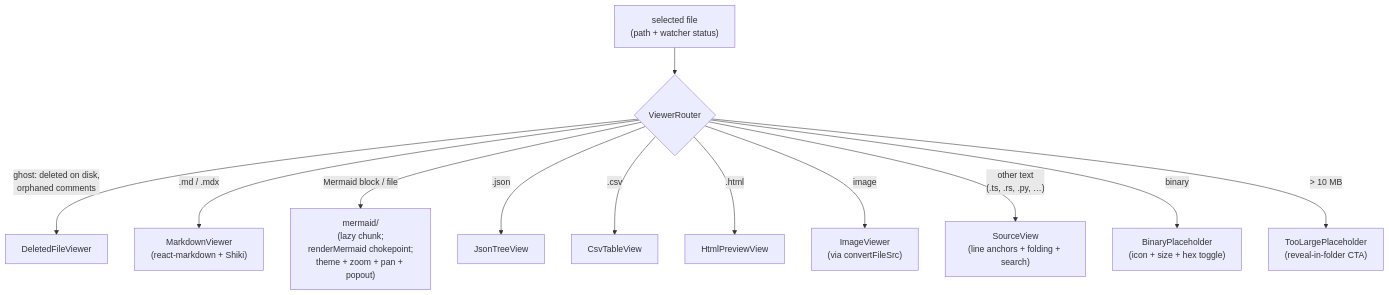
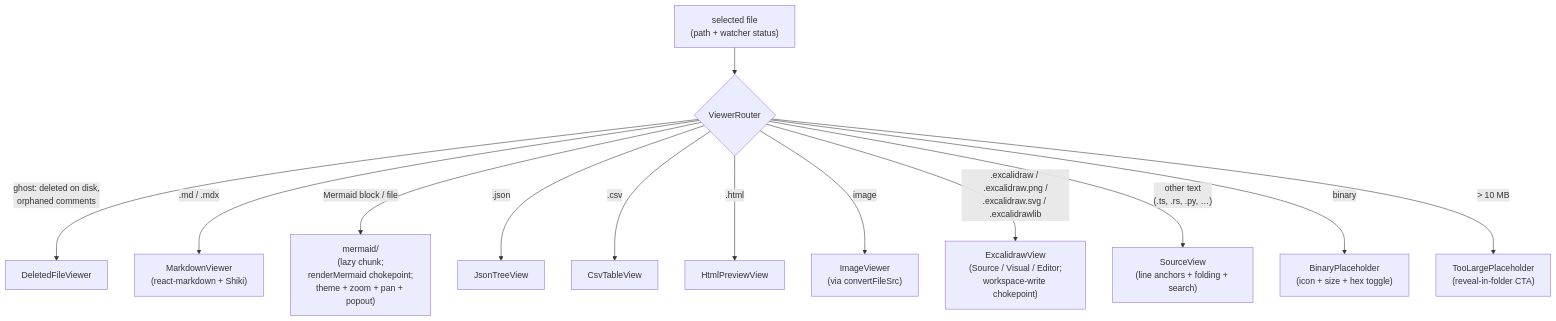
One commit to dryotta/mDown-reView changed the diagram in docs/features/viewer.md. Above: the diagram before and after it, drawn with Mermaid. The commit also changed other lines of this file and 16 other files, not shown here.

````diff
--- a/docs/features/viewer.md
+++ b/docs/features/viewer.md
@@ -32,14 +32,15 @@
 ```mermaid
 flowchart TD
     File["selected file<br/>(path + watcher status)"] --> Router{"ViewerRouter"}
     Router -- "ghost: deleted on disk,<br/>orphaned comments" --> DV["DeletedFileViewer"]
     Router -- ".md / .mdx" --> MV["MarkdownViewer<br/>(react-markdown + Shiki)"]
     Router -- "Mermaid block / file" --> MM["mermaid/<br/>(lazy chunk;<br/>renderMermaid chokepoint;<br/>theme + zoom + pan + popout)"]
     Router -- ".json" --> JT["JsonTreeView"]
     Router -- ".csv" --> CT["CsvTableView"]
     Router -- ".html" --> HV["HtmlPreviewView"]
     Router -- "image" --> IV["ImageViewer<br/>(via convertFileSrc)"]
+    Router -- ".excalidraw / .excalidraw.png /<br/>.excalidraw.svg / .excalidrawlib" --> EX["ExcalidrawView<br/>(Source / Visual / Editor;<br/>workspace-write chokepoint)"]
     Router -- "other text<br/>(.ts, .rs, .py, …)" --> SV["SourceView<br/>(line anchors + folding + search)"]
     Router -- "binary" --> BP["BinaryPlaceholder<br/>(icon + size + hex toggle)"]
     Router -- "> 10 MB" --> TLP["TooLargePlaceholder<br/>(reveal-in-folder CTA)"]
 ```
````
